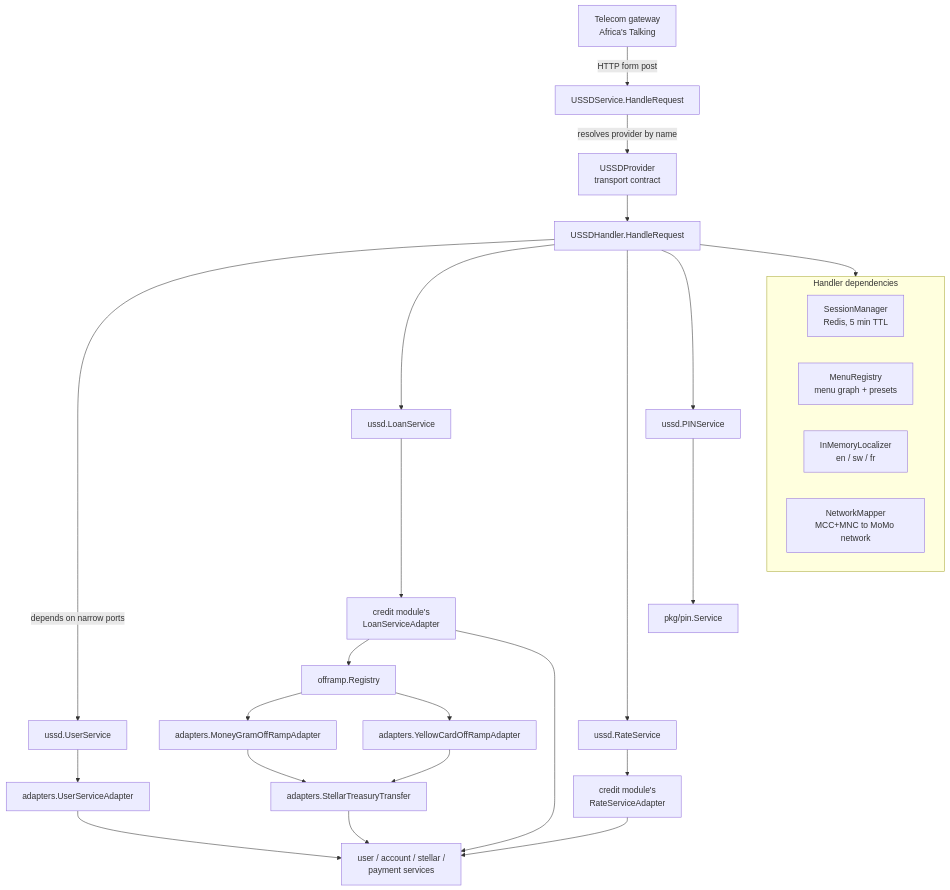
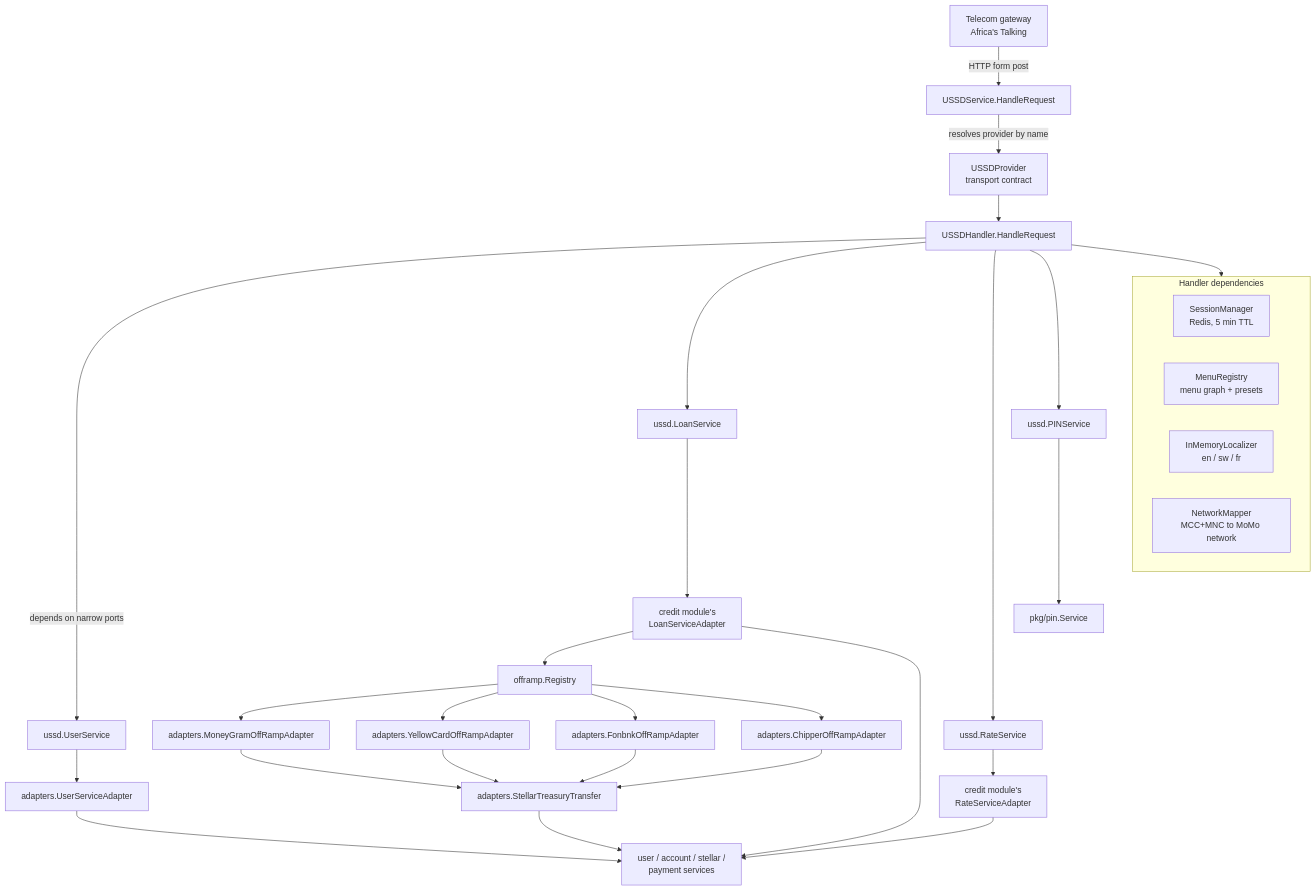
The diagram in pkg/mobile/ussd/README.md (Shamba-Records-Limited/microvault), drawn with Mermaid before and after one commit. The commit also changed other lines of this file and 3 other files, not shown here.

````diff
--- a/pkg/mobile/ussd/README.md
+++ b/pkg/mobile/ussd/README.md
@@ -11,35 +11,39 @@
 ```mermaid
 flowchart TD
     GW["Telecom gateway<br/>Africa's Talking"] -->|HTTP form post| SVC["USSDService.HandleRequest"]
     SVC -->|resolves provider by name| Prov["USSDProvider<br/>transport contract"]
     Prov --> Handler["USSDHandler.HandleRequest"]
 
     subgraph handler_deps[Handler dependencies]
         SM["SessionManager<br/>Redis, 5 min TTL"]
         MR["MenuRegistry<br/>menu graph + presets"]
         LOC["InMemoryLocalizer<br/>en / sw / fr"]
         NM["NetworkMapper<br/>MCC+MNC to MoMo network"]
     end
     Handler --> handler_deps
 
     Handler -->|depends on narrow ports| UserPort["ussd.UserService"]
     Handler --> LoanPort["ussd.LoanService"]
     Handler --> RatePort["ussd.RateService"]
     Handler --> PinPort["ussd.PINService"]
 
     UserPort --> UserAdapter["adapters.UserServiceAdapter"]
     LoanPort --> LoanAdapter["credit module's<br/>LoanServiceAdapter"]
     RatePort --> RateAdapter["credit module's<br/>RateServiceAdapter"]
     PinPort --> PinSvc["pkg/pin.Service"]
 
     LoanAdapter --> Reg["offramp.Registry"]
     Reg --> MG["adapters.MoneyGramOffRampAdapter"]
     Reg --> YC["adapters.YellowCardOffRampAdapter"]
+    Reg --> FB["adapters.FonbnkOffRampAdapter"]
+    Reg --> CH["adapters.ChipperOffRampAdapter"]
     MG --> TTransfer["adapters.StellarTreasuryTransfer"]
     YC --> TTransfer
+    FB --> TTransfer
+    CH --> TTransfer
 
     UserAdapter --> Domain["user / account / stellar /<br/>payment services"]
     LoanAdapter --> Domain
     RateAdapter --> Domain
     TTransfer --> Domain
 ```
````
